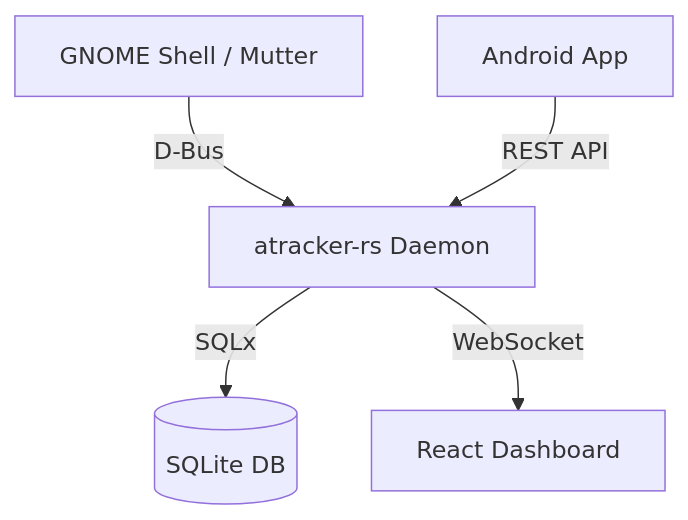
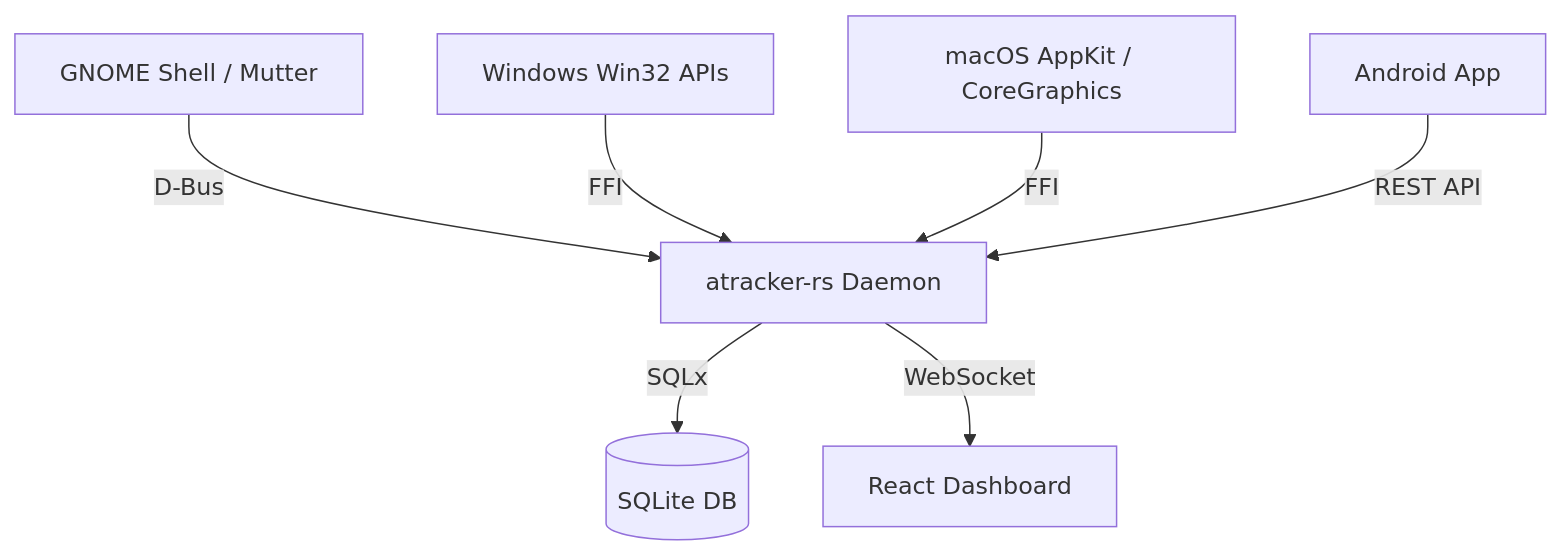
Before and after one commit to nichsedge/atracker: the diagram in docs/architecture.md, drawn with Mermaid. The commit also changed other lines of this file and 7 other files, not shown here.

````diff
--- a/docs/architecture.md
+++ b/docs/architecture.md
@@ -9,7 +9,9 @@
 ```mermaid
 graph TD
     GNOME[GNOME Shell / Mutter] -- D-Bus --> RS[atracker-rs Daemon]
+    Win[Windows Win32 APIs] -- FFI --> RS
+    Mac[macOS AppKit / CoreGraphics] -- FFI --> RS
     RS -- SQLx --> DB[(SQLite DB)]
     RS -- WebSocket --> UI[React Dashboard]
     Android[Android App] -- REST API --> RS
 ```
````
